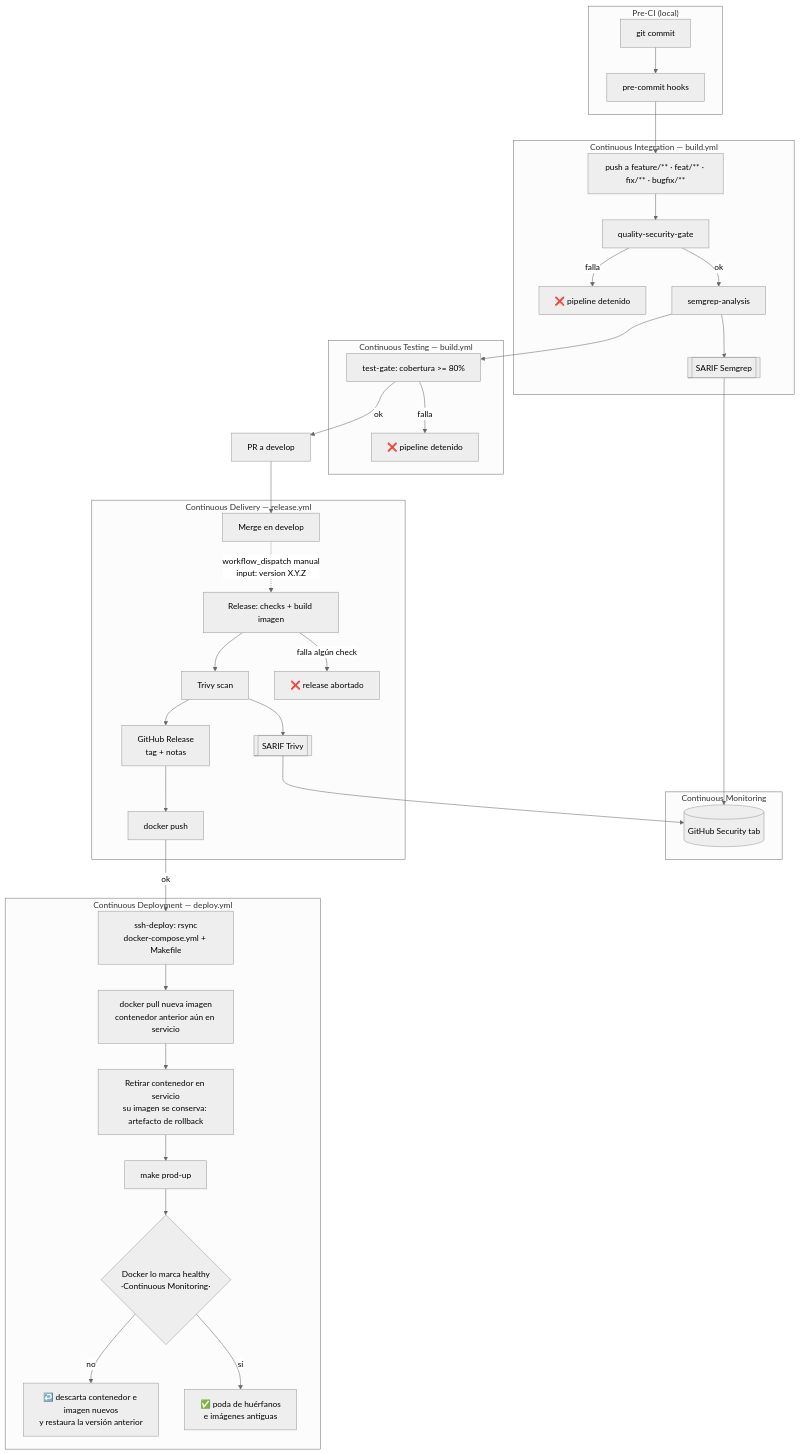
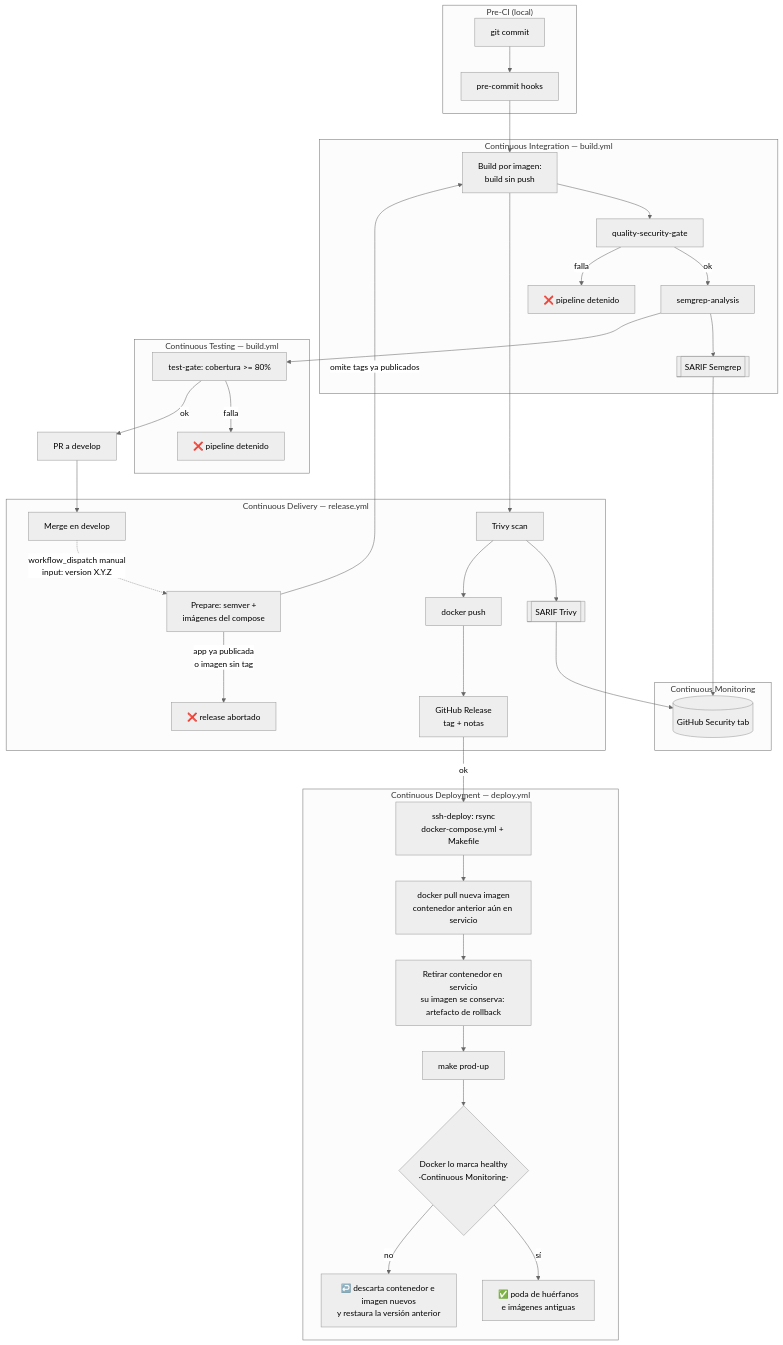
One commit to SorianoTech/FitCoachIA changed the first of 3 diagrams in docs/ci-cd.md. Above: the diagram before and after it, drawn with Mermaid (neutral theme). The commit also changed other lines of this file and 4 other files, not shown here.

First line of the commit message:
feat(ci): release.yml publica todas las imágenes del compose con tag por componente

````diff
--- a/docs/ci-cd.md
+++ b/docs/ci-cd.md
@@ -144,47 +161,48 @@
 ```mermaid
 flowchart TD
     subgraph LOCAL["Pre-CI (local)"]
         A[git commit] --> A1[pre-commit hooks]
     end
 
     A1 --> B[push a feature/** · feat/** · fix/** · bugfix/**]
 
     subgraph CI["Continuous Integration — build.yml"]
         B --> C[quality-security-gate]
         C -->|ok| D[semgrep-analysis]
         C -->|falla| X1[❌ pipeline detenido]
         D --> D1[[SARIF Semgrep]]
     end
 
     subgraph CT["Continuous Testing — build.yml"]
         D --> E[test-gate: cobertura >= 80%]
         E -->|falla| X2[❌ pipeline detenido]
     end
 
     E -->|ok| F[PR a develop] --> G[Merge en develop]
 
     subgraph CD1["Continuous Delivery — release.yml"]
-        G -.->|workflow_dispatch manual\ninput: version X.Y.Z| H[Release: checks + build imagen]
-        H -->|falla algún check| X3[❌ release abortado]
-        H --> H1[Trivy scan]
+        G -.->|workflow_dispatch manual\ninput: version X.Y.Z| H[Prepare: semver +\nimágenes del compose]
+        H -->|app ya publicada\no imagen sin tag| X3[❌ release abortado]
+        H -->|omite tags ya publicados| B[Build por imagen:\nbuild sin push]
+        B --> H1[Trivy scan]
         H1 --> H2[[SARIF Trivy]]
-        H1 --> H3[GitHub Release\ntag + notas]
-        H3 --> H4[docker push]
+        H1 --> H3[docker push]
+        H3 --> H4[GitHub Release\ntag + notas]
     end
 
     subgraph MON["Continuous Monitoring"]
         SEC[(GitHub Security tab)]
         D1 --> SEC
         H2 --> SEC
     end
 
     subgraph CD2["Continuous Deployment — deploy.yml"]
         H4 -->|ok| I[ssh-deploy: rsync\ndocker-compose.yml + Makefile]
         I --> J[docker pull nueva imagen\ncontenedor anterior aún en servicio]
         J --> J1[Retirar contenedor en servicio\nsu imagen se conserva: artefacto de rollback]
         J1 --> K[make prod-up]
         K --> L{Docker lo marca healthy\n·Continuous Monitoring·}
         L -->|sí| M[✅ poda de huérfanos\ne imágenes antiguas]
         L -->|no| N[↩️ descarta contenedor e imagen nuevos\ny restaura la versión anterior]
     end
 ```
````
